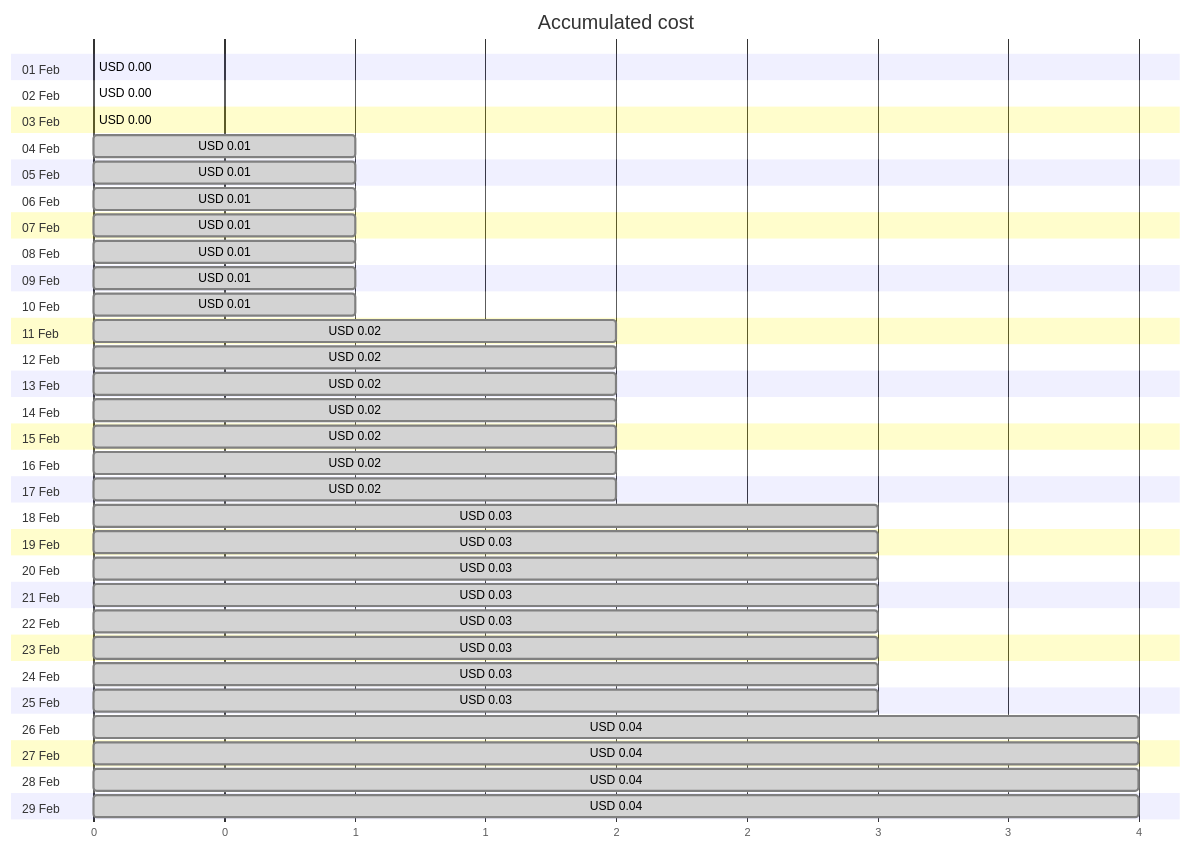
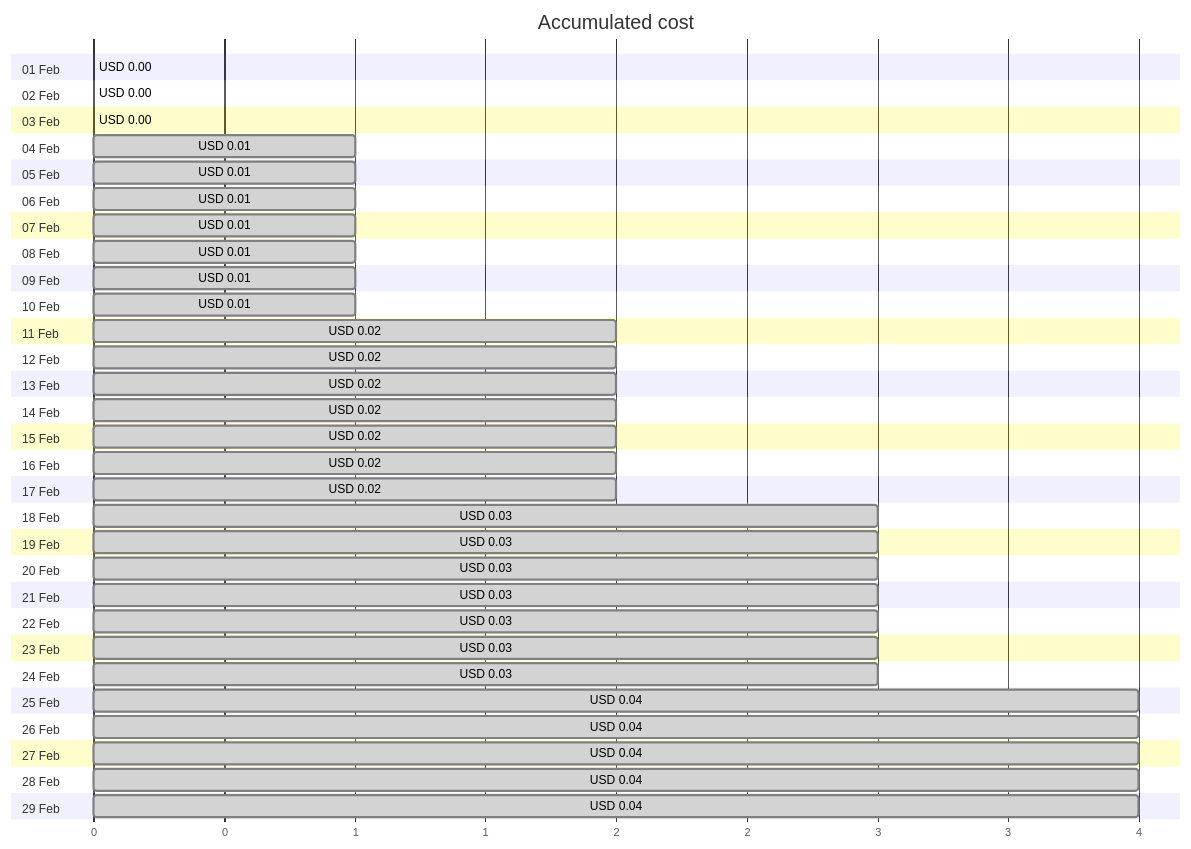
One commit to jpfulton/azure-personal-reports changed the first of 4 diagrams in cost-reports/personal-site/personalsiteapistorage.md. Above: the diagram before and after it, drawn with Mermaid. The commit also changed other lines of this file and 6 other files, not shown here.

````diff
--- a/cost-reports/personal-site/personalsiteapistorage.md
+++ b/cost-reports/personal-site/personalsiteapistorage.md
@@ -20,64 +20,64 @@
 ```mermaid
 gantt
    title Accumulated cost
    dateFormat  X
    axisFormat %s
    section 01 Feb
    USD 0.00 :0, 0
    section 02 Feb
-   USD 0.00 : done, 0, 0
+   USD 0.00 :0, 0
    section 03 Feb
    USD 0.00 : done, 0, 0
    section 04 Feb
    USD 0.01 : done, 0, 1
    section 05 Feb
    USD 0.01 : done, 0, 1
    section 06 Feb
    USD 0.01 : done, 0, 1
    section 07 Feb
    USD 0.01 : done, 0, 1
    section 08 Feb
    USD 0.01 : done, 0, 1
    section 09 Feb
    USD 0.01 : done, 0, 1
    section 10 Feb
    USD 0.01 : done, 0, 1
    section 11 Feb
    USD 0.02 : done, 0, 2
    section 12 Feb
    USD 0.02 : done, 0, 2
    section 13 Feb
    USD 0.02 : done, 0, 2
    section 14 Feb
    USD 0.02 : done, 0, 2
    section 15 Feb
    USD 0.02 : done, 0, 2
    section 16 Feb
    USD 0.02 : done, 0, 2
    section 17 Feb
    USD 0.02 : done, 0, 2
    section 18 Feb
    USD 0.03 : done, 0, 3
    section 19 Feb
    USD 0.03 : done, 0, 3
    section 20 Feb
    USD 0.03 : done, 0, 3
    section 21 Feb
    USD 0.03 : done, 0, 3
    section 22 Feb
    USD 0.03 : done, 0, 3
    section 23 Feb
    USD 0.03 : done, 0, 3
    section 24 Feb
    USD 0.03 : done, 0, 3
    section 25 Feb
-   USD 0.03 : done, 0, 3
+   USD 0.04 : done, 0, 4
    section 26 Feb
    USD 0.04 : done, 0, 4
    section 27 Feb
    USD 0.04 : done, 0, 4
    section 28 Feb
    USD 0.04 : done, 0, 4
    section 29 Feb
    USD 0.04 : done, 0, 4
 ```
````
